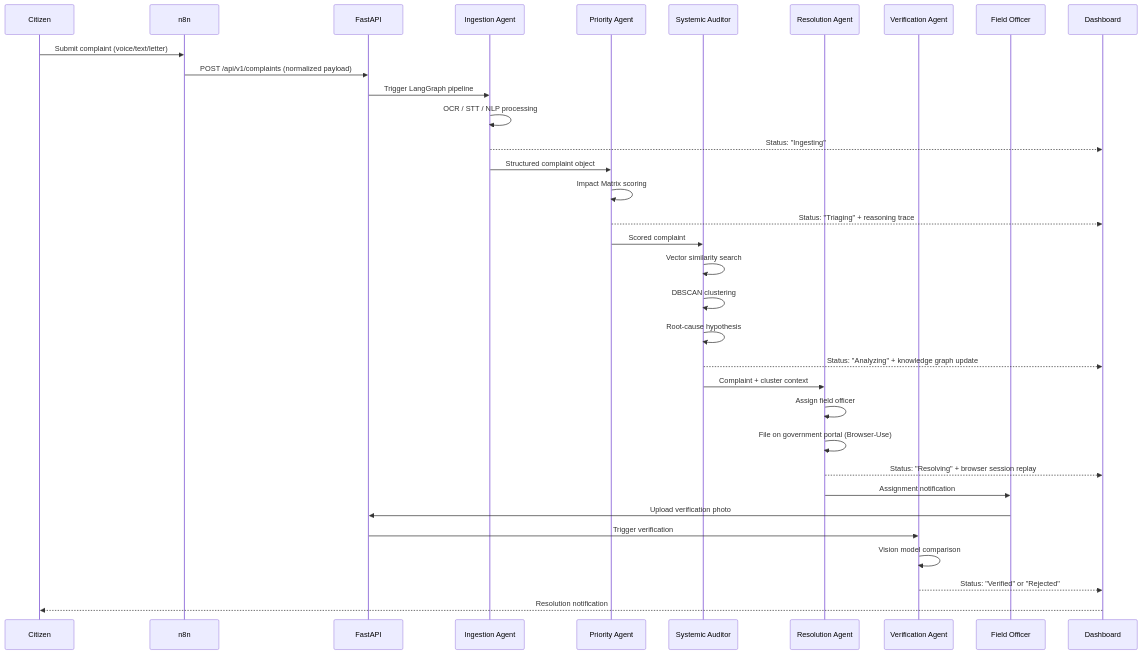
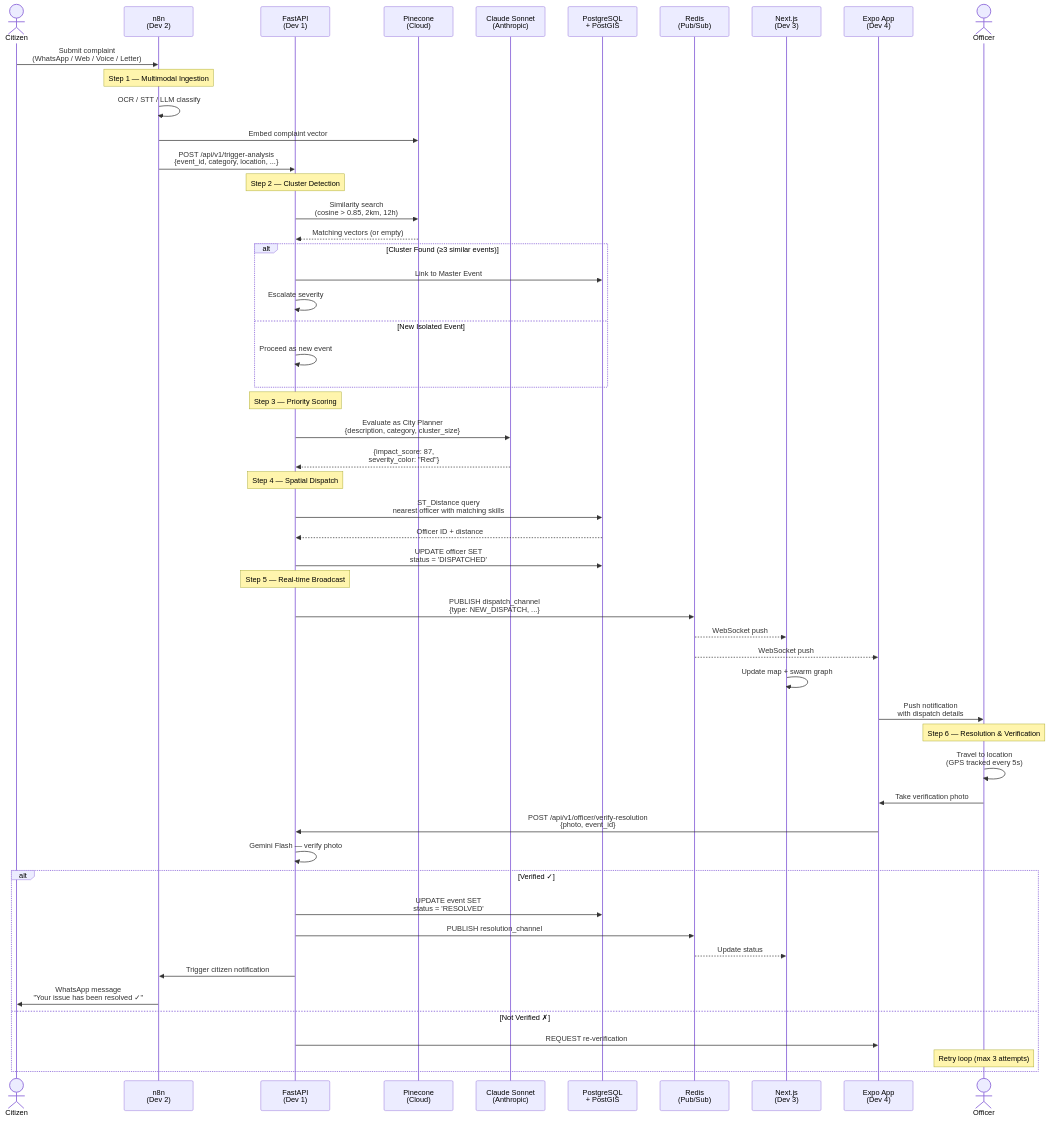
Before and after one commit to emmanuelmj/civix: the second of 6 diagrams in docs/ARCHITECTURE.md, drawn with Mermaid. The commit also changed other lines of this file and 2 other files, not shown here.

First line of the commit message:
docs: add TRD, TECHSTACK, and ARCHITECTURE documentation

````diff
--- a/docs/ARCHITECTURE.md
+++ b/docs/ARCHITECTURE.md
@@ -90,43 +113,65 @@
 ```mermaid
 sequenceDiagram
-    participant C as Citizen
-    participant N as n8n
-    participant A as FastAPI
-    participant I as Ingestion Agent
-    participant P as Priority Agent
-    participant S as Systemic Auditor
-    participant R as Resolution Agent
-    participant V as Verification Agent
-    participant O as Field Officer
-    participant D as Dashboard
+    actor Citizen
+    participant n8n as n8n<br/>(Dev 2)
+    participant API as FastAPI<br/>(Dev 1)
+    participant Pinecone as Pinecone<br/>(Cloud)
+    participant Claude as Claude Sonnet<br/>(Anthropic)
+    participant PostGIS as PostgreSQL<br/>+ PostGIS
+    participant Redis as Redis<br/>(Pub/Sub)
+    participant Dashboard as Next.js<br/>(Dev 3)
+    participant Mobile as Expo App<br/>(Dev 4)
+    actor Officer
 
-    C->>N: Submit complaint (voice/text/letter)
-    N->>A: POST /api/v1/complaints (normalized payload)
-    A->>I: Trigger LangGraph pipeline
+    Citizen->>n8n: Submit complaint<br/>(WhatsApp / Web / Voice / Letter)
+
+    Note over n8n: Step 1 — Multimodal Ingestion
+    n8n->>n8n: OCR / STT / LLM classify
+    n8n->>Pinecone: Embed complaint vector
+    n8n->>API: POST /api/v1/trigger-analysis<br/>{event_id, category, location, ...}
+
+    Note over API: Step 2 — Cluster Detection
+    API->>Pinecone: Similarity search<br/>(cosine > 0.85, 2km, 12h)
+    Pinecone-->>API: Matching vectors (or empty)
+
+    alt Cluster Found (≥3 similar events)
+        API->>PostGIS: Link to Master Event
+        API->>API: Escalate severity
+    else New Isolated Event
+        API->>API: Proceed as new event
+    end
+
+    Note over API: Step 3 — Priority Scoring
+    API->>Claude: Evaluate as City Planner<br/>{description, category, cluster_size}
+    Claude-->>API: {impact_score: 87,<br/>severity_color: "Red"}
+
+    Note over API: Step 4 — Spatial Dispatch
+    API->>PostGIS: ST_Distance query<br/>nearest officer with matching skills
+    PostGIS-->>API: Officer ID + distance
+    API->>PostGIS: UPDATE officer SET<br/>status = 'DISPATCHED'
+
+    Note over API: Step 5 — Real-time Broadcast
+    API->>Redis: PUBLISH dispatch_channel<br/>{type: NEW_DISPATCH, ...}
+    Redis-->>Dashboard: WebSocket push
+    Redis-->>Mobile: WebSocket push
+
+    Dashboard->>Dashboard: Update map + swarm graph
+    Mobile->>Officer: Push notification<br/>with dispatch details
+
+    Note over Officer: Step 6 — Resolution & Verification
+    Officer->>Officer: Travel to location<br/>(GPS tracked every 5s)
+    Officer->>Mobile: Take verification photo
+    Mobile->>API: POST /api/v1/officer/verify-resolution<br/>{photo, event_id}
+    API->>API: Gemini Flash — verify photo
     
-    I->>I: OCR / STT / NLP processing
-    I-->>D: Status: "Ingesting"
-    I->>P: Structured complaint object
-    
-    P->>P: Impact Matrix scoring
-    P-->>D: Status: "Triaging" + reasoning trace
-    P->>S: Scored complaint
-    
-    S->>S: Vector similarity search
-    S->>S: DBSCAN clustering
-    S->>S: Root-cause hypothesis
-    S-->>D: Status: "Analyzing" + knowledge graph update
-    S->>R: Complaint + cluster context
-    
-    R->>R: Assign field officer
-    R->>R: File on government portal (Browser-Use)
-    R-->>D: Status: "Resolving" + browser session replay
-    R->>O: Assignment notification
-    
-    O->>A: Upload verification photo
-    A->>V: Trigger verification
-    V->>V: Vision model comparison
-    V-->>D: Status: "Verified" or "Rejected"
-    
-    D-->>C: Resolution notification
+    alt Verified ✓
+        API->>PostGIS: UPDATE event SET<br/>status = 'RESOLVED'
+        API->>Redis: PUBLISH resolution_channel
+        Redis-->>Dashboard: Update status
+        API->>n8n: Trigger citizen notification
+        n8n->>Citizen: WhatsApp message<br/>"Your issue has been resolved ✓"
+    else Not Verified ✗
+        API->>Mobile: REQUEST re-verification
+        Note over Officer: Retry loop (max 3 attempts)
+    end
 ```
````
